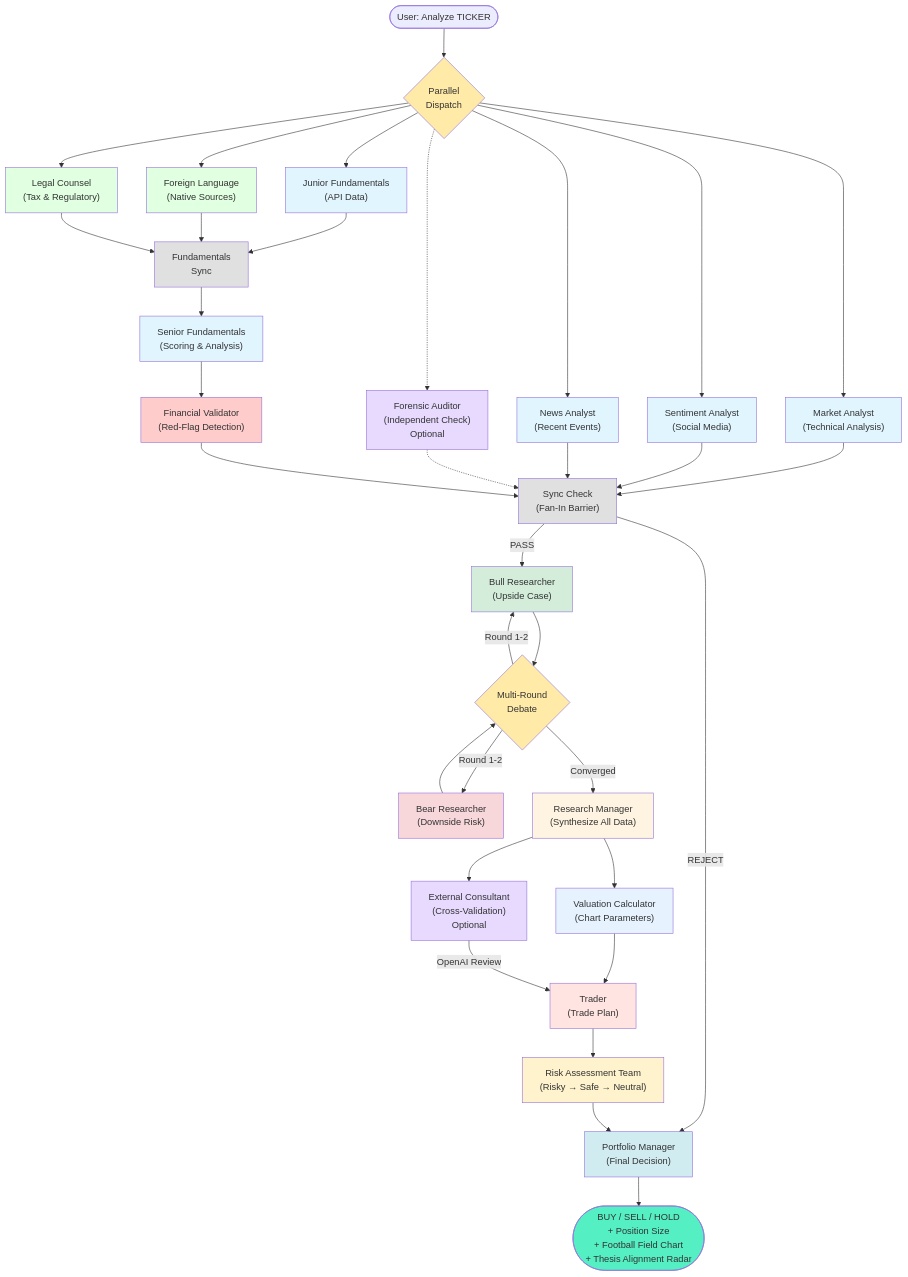
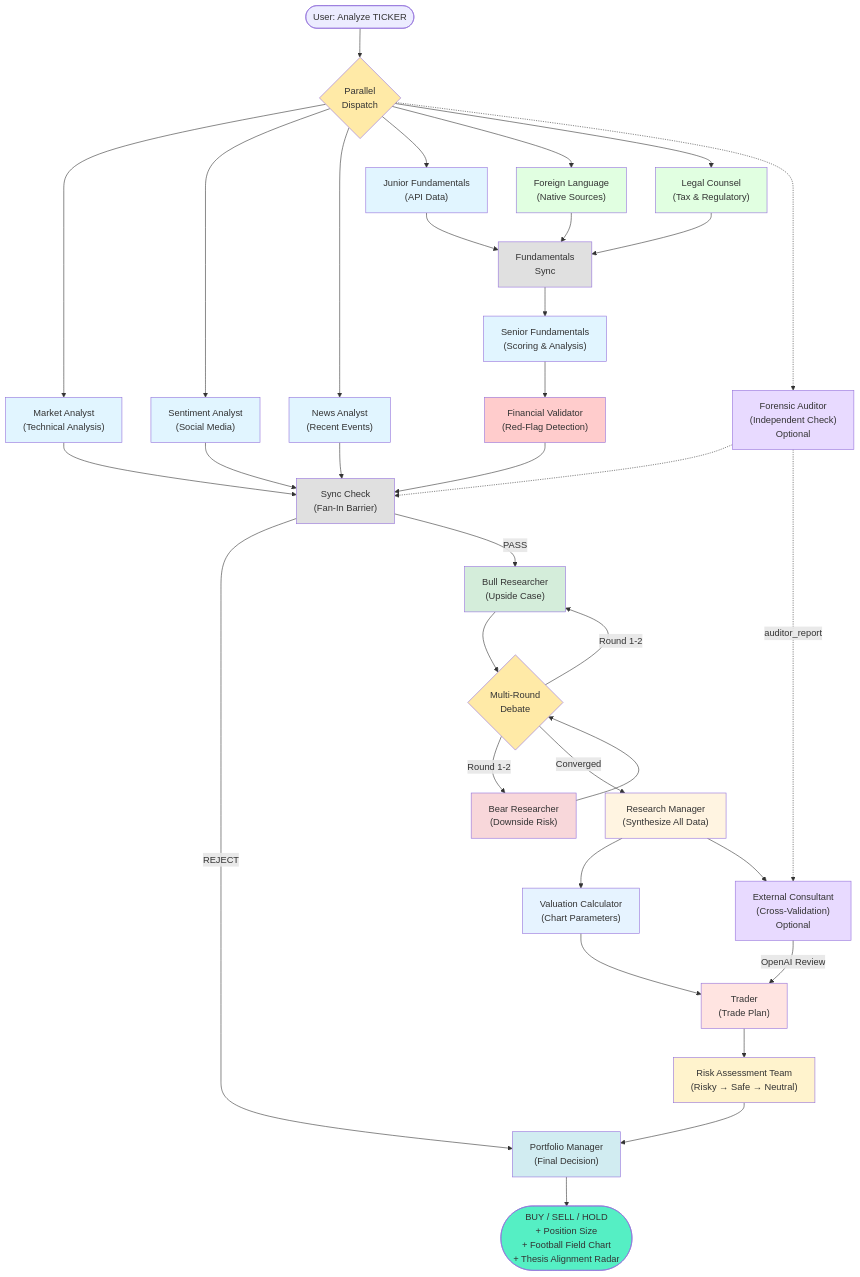
One commit to rgoerwit/ai-investment-agent changed the diagram in README.md. Above: the diagram before and after it, drawn with Mermaid. The commit also changed other lines of this file, not shown here.

Commit message:
Moved auditor to correct position in chart

````diff
--- a/README.md
+++ b/README.md
@@ -42,74 +42,75 @@
 ```mermaid
 graph TB
     Start([User: Analyze TICKER]) --> Dispatcher{Parallel<br/>Dispatch}
 
     %% Parallel Fan-Out: 6 branches run simultaneously
     Dispatcher --> MarketAnalyst["Market Analyst<br/>(Technical Analysis)"]
     Dispatcher --> SentimentAnalyst["Sentiment Analyst<br/>(Social Media)"]
     Dispatcher --> NewsAnalyst["News Analyst<br/>(Recent Events)"]
     Dispatcher --> JuniorFund["Junior Fundamentals<br/>(API Data)"]
     Dispatcher --> ForeignLang["Foreign Language<br/>(Native Sources)"]
     Dispatcher --> LegalCounsel["Legal Counsel<br/>(Tax & Regulatory)"]
     Dispatcher -.-> Auditor["Forensic Auditor<br/>(Independent Check)<br/>Optional"]
 
     %% Market/Sentiment/News go directly to main Sync Check
     MarketAnalyst --> SyncCheck["Sync Check<br/>(Fan-In Barrier)"]
     SentimentAnalyst --> SyncCheck
     NewsAnalyst --> SyncCheck
     Auditor -.-> SyncCheck
 
     %% Fundamentals sub-graph: Junior + Foreign + Legal sync first
     JuniorFund --> FundSync["Fundamentals<br/>Sync"]
     ForeignLang --> FundSync
     LegalCounsel --> FundSync
     FundSync --> SeniorFund["Senior Fundamentals<br/>(Scoring & Analysis)"]
     SeniorFund --> Validator["Financial Validator<br/>(Red-Flag Detection)"]
     Validator --> SyncCheck
 
     %% After all branches complete
     SyncCheck -->|REJECT| PortfolioManager["Portfolio Manager<br/>(Final Decision)"]
     SyncCheck -->|PASS| BullResearcher["Bull Researcher<br/>(Upside Case)"]
 
     BullResearcher --> Debate{Multi-Round<br/>Debate}
     BearResearcher["Bear Researcher<br/>(Downside Risk)"] --> Debate
 
     Debate -->|Round 1-2| BullResearcher
     Debate -->|Round 1-2| BearResearcher
     Debate -->|Converged| ResearchManager["Research Manager<br/>(Synthesize All Data)"]
 
     %% Post-Research Manager: Valuation Calculator and Consultant run in parallel
     ResearchManager --> ValuationCalc["Valuation Calculator<br/>(Chart Parameters)"]
     ResearchManager --> Consultant["External Consultant<br/>(Cross-Validation)<br/>Optional"]
+    Auditor -.->|auditor_report| Consultant
 
     ValuationCalc --> Trader["Trader<br/>(Trade Plan)"]
     Consultant -->|OpenAI Review| Trader
 
     Trader --> RiskTeam["Risk Assessment Team<br/>(Risky → Safe → Neutral)"]
 
     RiskTeam --> PortfolioManager
 
     PortfolioManager --> Decision([BUY / SELL / HOLD<br/>+ Position Size<br/>+ Football Field Chart<br/>+ Thesis Alignment Radar])
 
     style Dispatcher fill:#ffeaa7,color:#333
     style MarketAnalyst fill:#e1f5ff,color:#333
     style NewsAnalyst fill:#e1f5ff,color:#333
     style SentimentAnalyst fill:#e1f5ff,color:#333
     style JuniorFund fill:#e1f5ff,color:#333
     style ForeignLang fill:#e1ffe1,color:#333
     style LegalCounsel fill:#e1ffe1,color:#333
     style FundSync fill:#e0e0e0,color:#333
     style SeniorFund fill:#e1f5ff,color:#333
     style Validator fill:#ffcccc,color:#333
     style SyncCheck fill:#e0e0e0,color:#333
     style ResearchManager fill:#fff4e1,color:#333
     style BullResearcher fill:#d4edda,color:#333
     style BearResearcher fill:#f8d7da,color:#333
     style ValuationCalc fill:#e6f3ff,color:#333
     style Consultant fill:#e8daff,color:#333
     style Auditor fill:#e8daff,color:#333
     style Trader fill:#ffe4e1,color:#333
     style RiskTeam fill:#fff3cd,color:#333
     style PortfolioManager fill:#d1ecf1,color:#333
     style Debate fill:#ffeaa7,color:#333
     style Decision fill:#55efc4,color:#333
 ```
````
